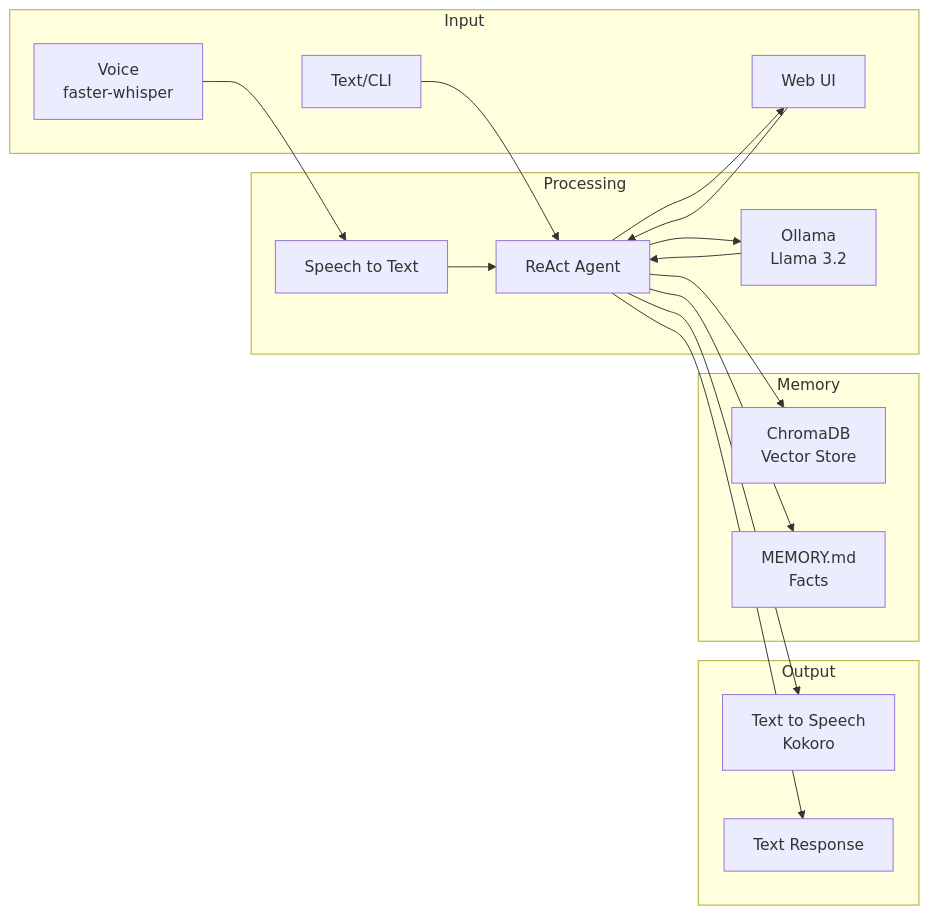
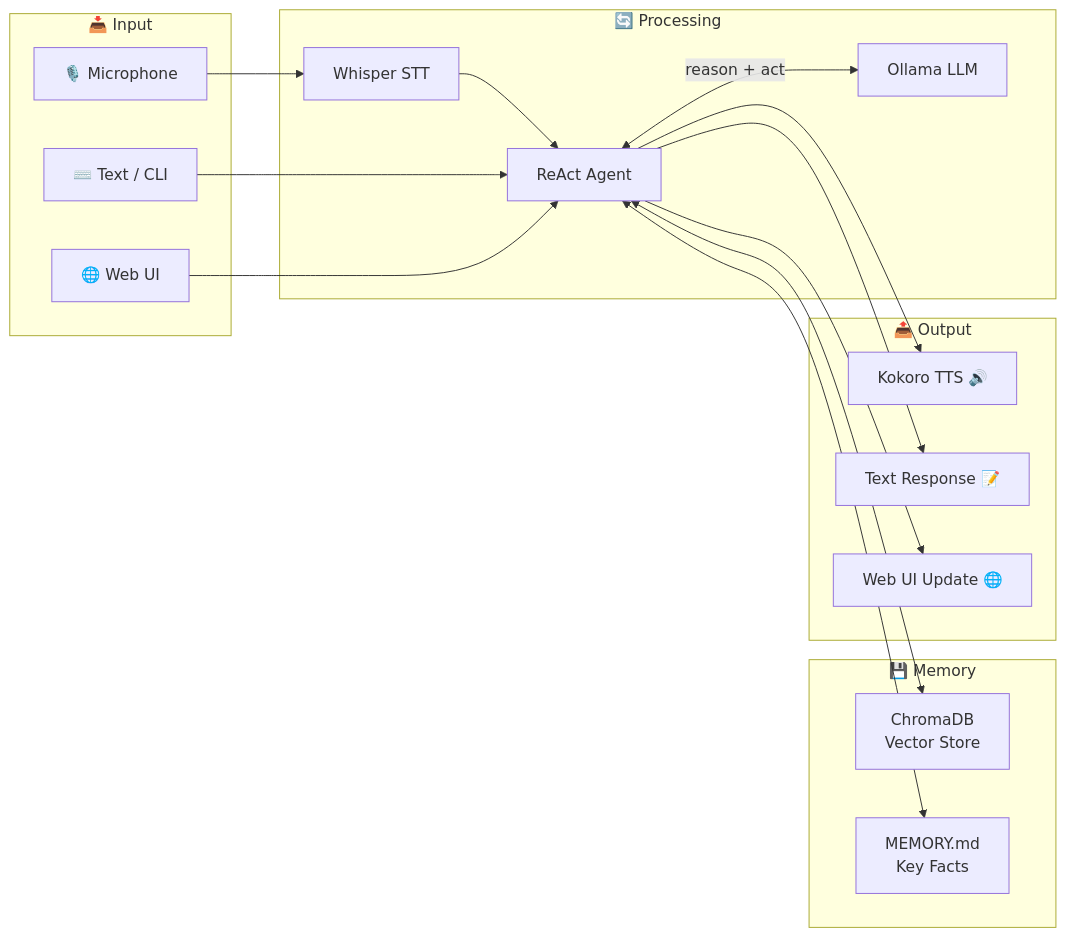
Before and after one commit to Ashutosh3021/JARVISE: the second of 2 diagrams in README.md, drawn with Mermaid. The commit also changed other lines of this file and 4 other files, not shown here.

````diff
--- a/README.md
+++ b/README.md
@@ -73,38 +129,37 @@
 ```mermaid
 flowchart LR
-    subgraph Input
-        Voice[Voice<br/>faster-whisper]
-        Text[Text/CLI]
-        Web[Web UI]
+    subgraph "📥 Input"
+        MIC[🎙️ Microphone]
+        TXT[⌨️ Text / CLI]
+        WEB[🌐 Web UI]
     end
-    
-    subgraph Processing
-        STT[Speech to Text]
-        Agent[ReAct Agent]
-        LLM[Ollama<br/>Llama 3.2]
+
+    subgraph "🔄 Processing"
+        STT[Whisper STT]
+        AGENT[ReAct Agent]
+        LLM[Ollama LLM]
     end
-    
-    subgraph Output
-        TTS[Text to Speech<br/>Kokoro]
-        Response[Text Response]
+
+    subgraph "💾 Memory"
+        VEC[ChromaDB<br/>Vector Store]
+        FILE[MEMORY.md<br/>Key Facts]
     end
-    
-    subgraph Memory
-        Vector[ChromaDB<br/>Vector Store]
-        File[MEMORY.md<br/>Facts]
+
+    subgraph "📤 Output"
+        TTS[Kokoro TTS 🔊]
+        RESP[Text Response 📝]
+        UI2[Web UI Update 🌐]
     end
-    
-    Voice --> STT
-    Text --> Agent
-    Web --> Agent
-    
-    STT --> Agent
-    Agent --> Vector
-    Agent --> File
-    Agent --> LLM
-    LLM --> Agent
-    
-    Agent --> TTS
-    Agent --> Response
-    Agent --> Web
+
+    MIC --> STT --> AGENT
+    TXT --> AGENT
+    WEB --> AGENT
+
+    AGENT <--> VEC
+    AGENT <--> FILE
+    AGENT <-->|reason + act| LLM
+
+    AGENT --> TTS
+    AGENT --> RESP
+    AGENT --> UI2
 ```
````
